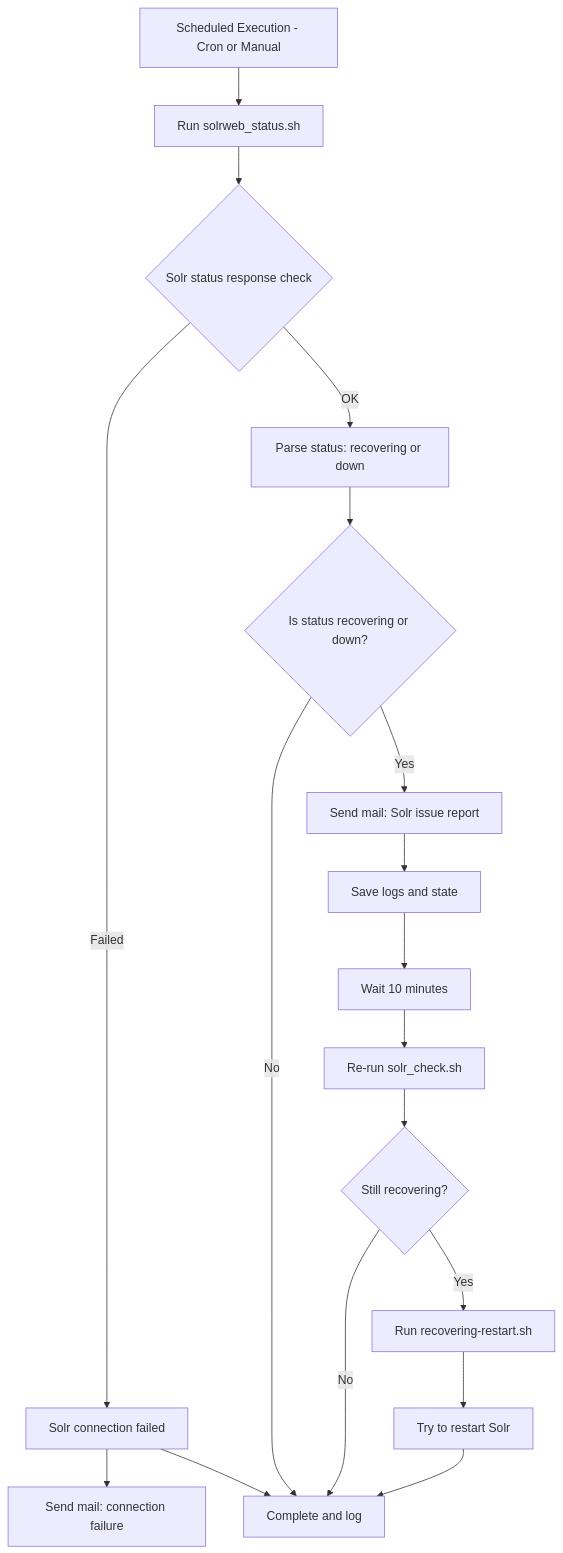
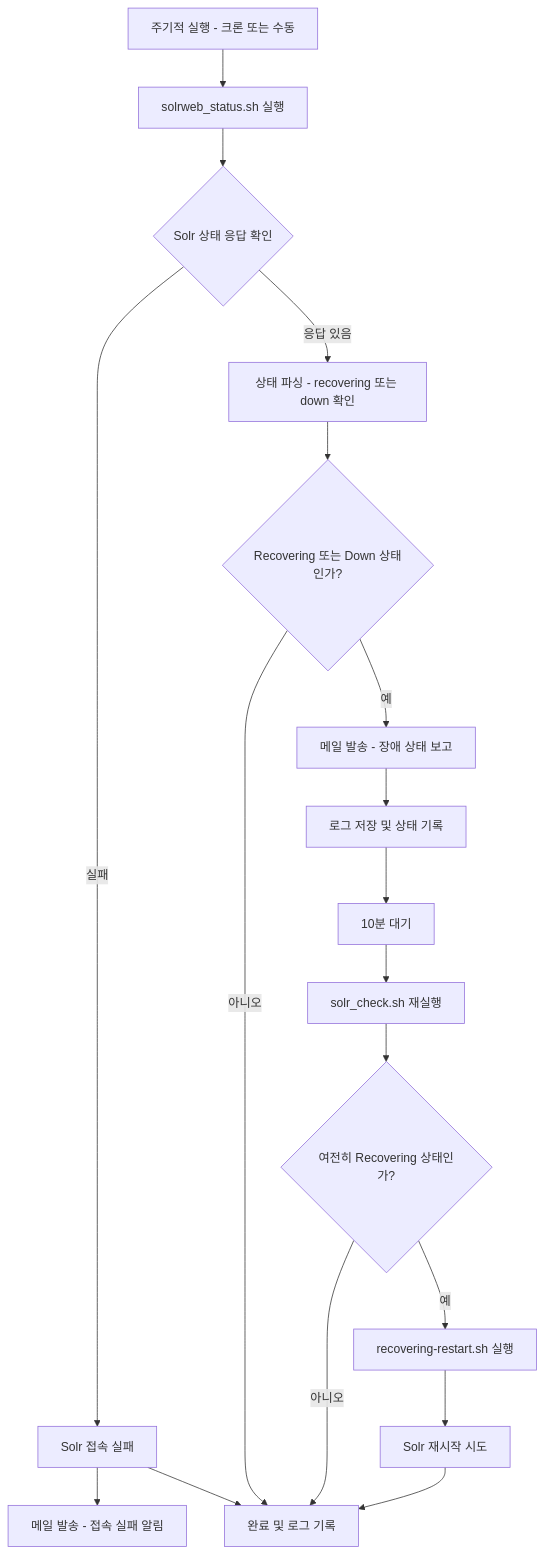
Before and after one commit to QubitSecurity/howto: the diagram in monitering/solr/check/auto-soar.md, drawn with Mermaid.

````diff
--- a/monitering/solr/check/auto-soar.md
+++ b/monitering/solr/check/auto-soar.md
@@ -14,24 +14,24 @@
 ```mermaid
 flowchart TD
-  A[Scheduled Execution - Cron or Manual] --> B[Run solrweb_status.sh]
-  B --> C{Solr status response check}
+  A[주기적 실행 - 크론 또는 수동] --> B[solrweb_status.sh 실행]
+  B --> C{Solr 상태 응답 확인}
 
-  C -- Failed --> C1[Solr connection failed]
-  C1 --> C2[Send mail: connection failure]
-  C1 --> Z1[End]
+  C -- 실패 --> C1[Solr 접속 실패]
+  C1 --> C2[메일 발송 - 접속 실패 알림]
+  C1 --> Z1[종료]
 
-  C -- OK --> D[Parse status: recovering or down]
-  D --> E1{Is status recovering or down?}
+  C -- 응답 있음 --> D[상태 파싱 - recovering 또는 down 확인]
+  D --> E1{Recovering 또는 Down 상태인가?}
 
-  E1 -- No --> Z1[Normal - End]
-  E1 -- Yes --> F[Send mail: Solr issue report]
-  F --> G[Save logs and state]
-  G --> H[Wait 10 minutes]
-  H --> I[Re-run solr_check.sh]
+  E1 -- 아니오 --> Z1[정상 상태 - 종료]
+  E1 -- 예 --> F[메일 발송 - 장애 상태 보고]
+  F --> G[로그 저장 및 상태 기록]
+  G --> H[10분 대기]
+  H --> I[solr_check.sh 재실행]
 
-  I --> J{Still recovering?}
-  J -- No --> Z1[Temporary issue - End]
-  J -- Yes --> K[Run recovering-restart.sh]
-  K --> L[Try to restart Solr]
-  L --> Z1[Complete and log]
+  I --> J{여전히 Recovering 상태인가?}
+  J -- 아니오 --> Z1[일시적 장애 - 종료]
+  J -- 예 --> K[recovering-restart.sh 실행]
+  K --> L[Solr 재시작 시도]
+  L --> Z1[완료 및 로그 기록]
 ```
````
